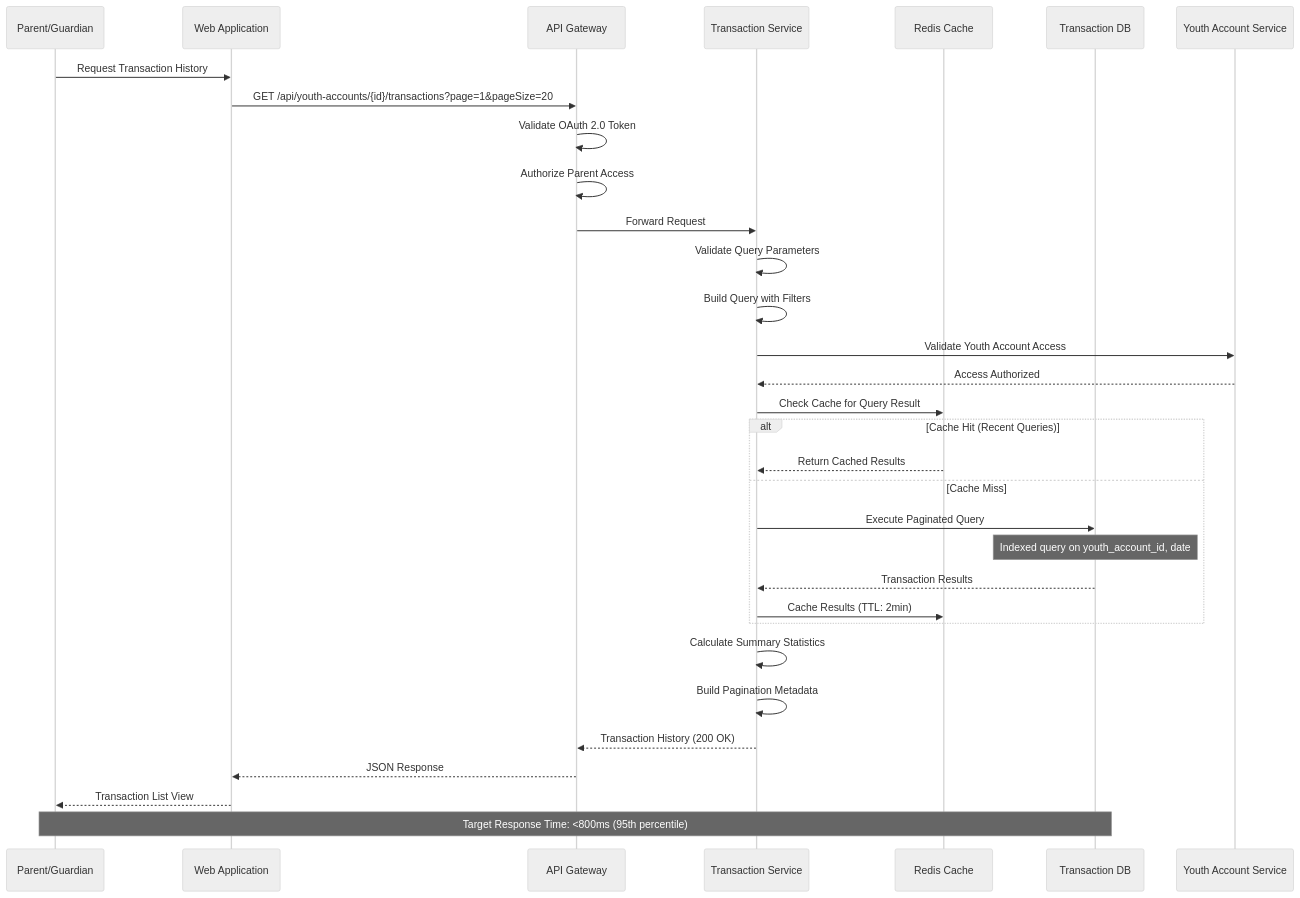
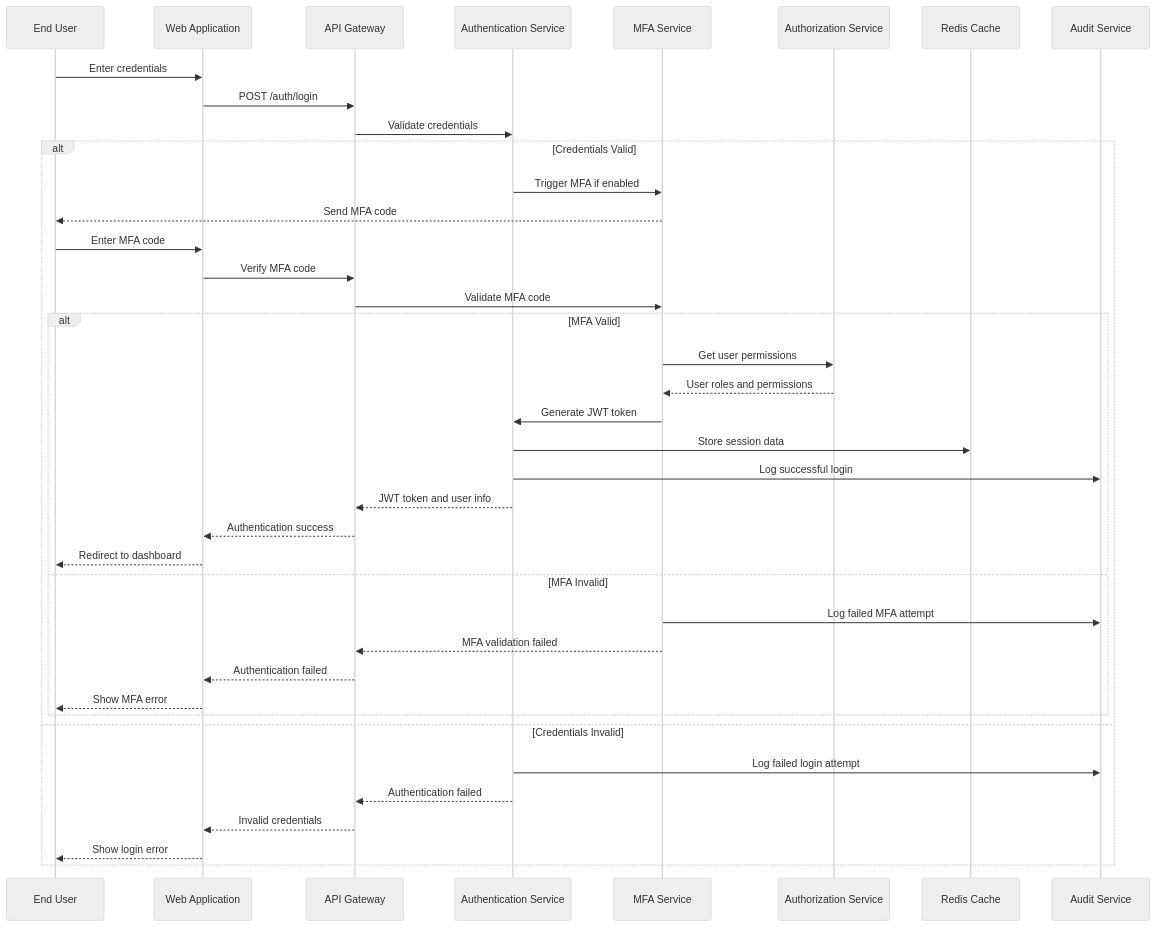
The third of 7 diagrams in API Development/Components and Sequence Diagrams/sequence_diagram.md (ThapaswiASC/SCIB-INCEPTION-PHASE-DEMO), drawn with Mermaid (neutral theme) before and after one commit. The commit also changed other lines of this file and 1 other file, not shown here.

````diff
--- a/API Development/Components and Sequence Diagrams/sequence_diagram.md
+++ b/API Development/Components and Sequence Diagrams/sequence_diagram.md
@@ -178,41 +117,44 @@
 ```mermaid
 sequenceDiagram
-    participant Parent as Parent/Guardian
+    participant User as End User
     participant WebApp as Web Application
-    participant APIGateway as API Gateway
-    participant TransactionService as Transaction Service
+    participant API as API Gateway
+    participant Auth as Authentication Service
+    participant MFA as MFA Service
+    participant RBAC as Authorization Service
     participant Cache as Redis Cache
-    participant TransactionDB as Transaction DB
-    participant YouthService as Youth Account Service
+    participant Audit as Audit Service
     
-    Parent->>WebApp: Request Transaction History
-    WebApp->>APIGateway: GET /api/youth-accounts/{id}/transactions?page=1&pageSize=20
-    APIGateway->>APIGateway: Validate OAuth 2.0 Token
-    APIGateway->>APIGateway: Authorize Parent Access
-    APIGateway->>TransactionService: Forward Request
+    User->>WebApp: Enter credentials
+    WebApp->>API: POST /auth/login
+    API->>Auth: Validate credentials
     
-    TransactionService->>TransactionService: Validate Query Parameters
-    TransactionService->>TransactionService: Build Query with Filters
-    
-    TransactionService->>YouthService: Validate Youth Account Access
-    YouthService-->>TransactionService: Access Authorized
-    
-    TransactionService->>Cache: Check Cache for Query Result
-    alt Cache Hit (Recent Queries)
-        Cache-->>TransactionService: Return Cached Results
-    else Cache Miss
-        TransactionService->>TransactionDB: Execute Paginated Query
-        Note over TransactionDB: Indexed query on youth_account_id, date
-        TransactionDB-->>TransactionService: Transaction Results
-        TransactionService->>Cache: Cache Results (TTL: 2min)
+    alt Credentials Valid
+        Auth->>MFA: Trigger MFA if enabled
+        MFA-->>User: Send MFA code
+        User->>WebApp: Enter MFA code
+        WebApp->>API: Verify MFA code
+        API->>MFA: Validate MFA code
+        
+        alt MFA Valid
+            MFA->>RBAC: Get user permissions
+            RBAC-->>MFA: User roles and permissions
+            MFA->>Auth: Generate JWT token
+            Auth->>Cache: Store session data
+            Auth->>Audit: Log successful login
+            Auth-->>API: JWT token and user info
+            API-->>WebApp: Authentication success
+            WebApp-->>User: Redirect to dashboard
+        else MFA Invalid
+            MFA->>Audit: Log failed MFA attempt
+            MFA-->>API: MFA validation failed
+            API-->>WebApp: Authentication failed
+            WebApp-->>User: Show MFA error
+        end
+    else Credentials Invalid
+        Auth->>Audit: Log failed login attempt
+        Auth-->>API: Authentication failed
+        API-->>WebApp: Invalid credentials
+        WebApp-->>User: Show login error
     end
-    
-    TransactionService->>TransactionService: Calculate Summary Statistics
-    TransactionService->>TransactionService: Build Pagination Metadata
-    
-    TransactionService-->>APIGateway: Transaction History (200 OK)
-    APIGateway-->>WebApp: JSON Response
-    WebApp-->>Parent: Transaction List View
-    
-    Note over Parent, TransactionDB: Target Response Time: <800ms (95th percentile)
 ```
````
